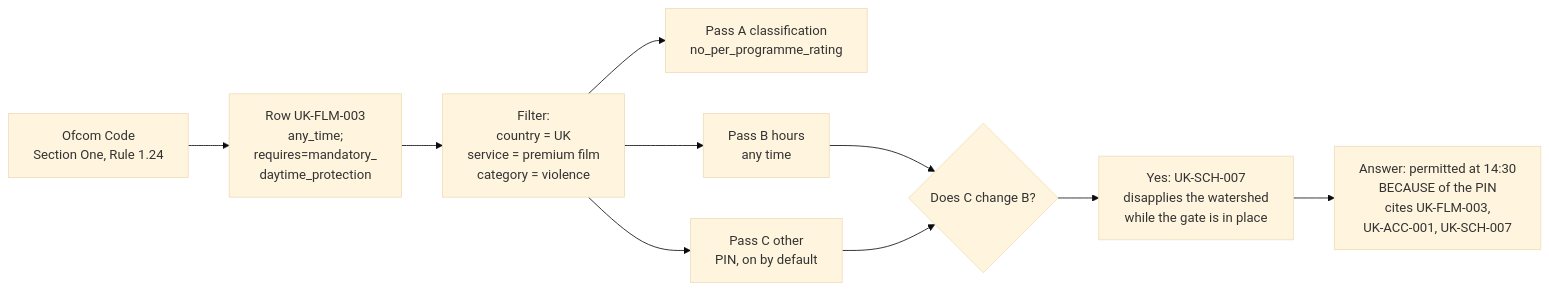
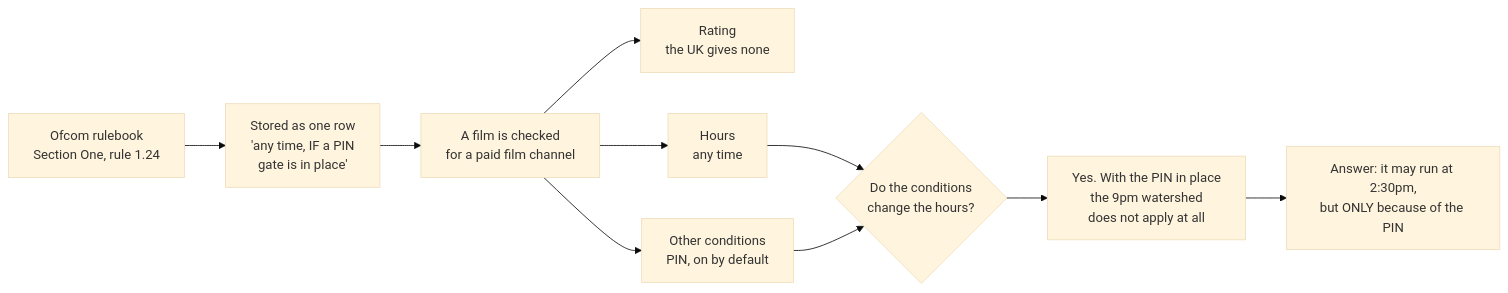
Before and after one commit to tpeckerman/paramount_assignment: the second of 2 diagrams in HOW_IT_WORKS.md, drawn with Mermaid (base theme). The commit also changed other lines of this file, not shown here.

````diff
--- a/HOW_IT_WORKS.md
+++ b/HOW_IT_WORKS.md
@@ -43,12 +54,12 @@
 ```mermaid
 flowchart LR
-    A["Ofcom Code<br/>Section One, Rule 1.24"] --> B["Row UK-FLM-003<br/>any_time;<br/>requires=mandatory_<br/>daytime_protection"]
-    B --> C["Filter:<br/>country = UK<br/>service = premium film<br/>category = violence"]
-    C --> D["Pass A classification<br/>no_per_programme_rating"]
-    C --> E["Pass B hours<br/>any time"]
-    C --> F["Pass C other<br/>PIN, on by default"]
-    E --> G{"Does C change B?"}
+    A["Ofcom rulebook<br/>Section One, rule 1.24"] --> B["Stored as one row<br/>'any time, IF a PIN<br/>gate is in place'"]
+    B --> C["A film is checked<br/>for a paid film channel"]
+    C --> D["Rating<br/>the UK gives none"]
+    C --> E["Hours<br/>any time"]
+    C --> F["Other conditions<br/>PIN, on by default"]
+    E --> G{"Do the conditions<br/>change the hours?"}
     F --> G
-    G --> H["Yes: UK-SCH-007<br/>disapplies the watershed<br/>while the gate is in place"]
-    H --> I["Answer: permitted at 14:30<br/>BECAUSE of the PIN<br/>cites UK-FLM-003,<br/>UK-ACC-001, UK-SCH-007"]
+    G --> H["Yes. With the PIN in place<br/>the 9pm watershed<br/>does not apply at all"]
+    H --> I["Answer: it may run at 2:30pm,<br/>but ONLY because of the PIN"]
 ```
````
